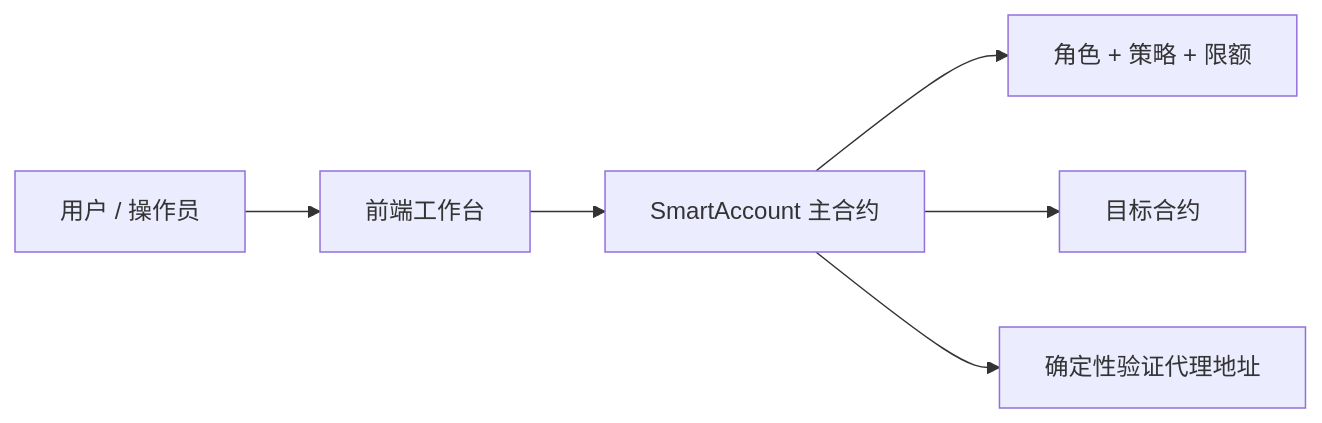
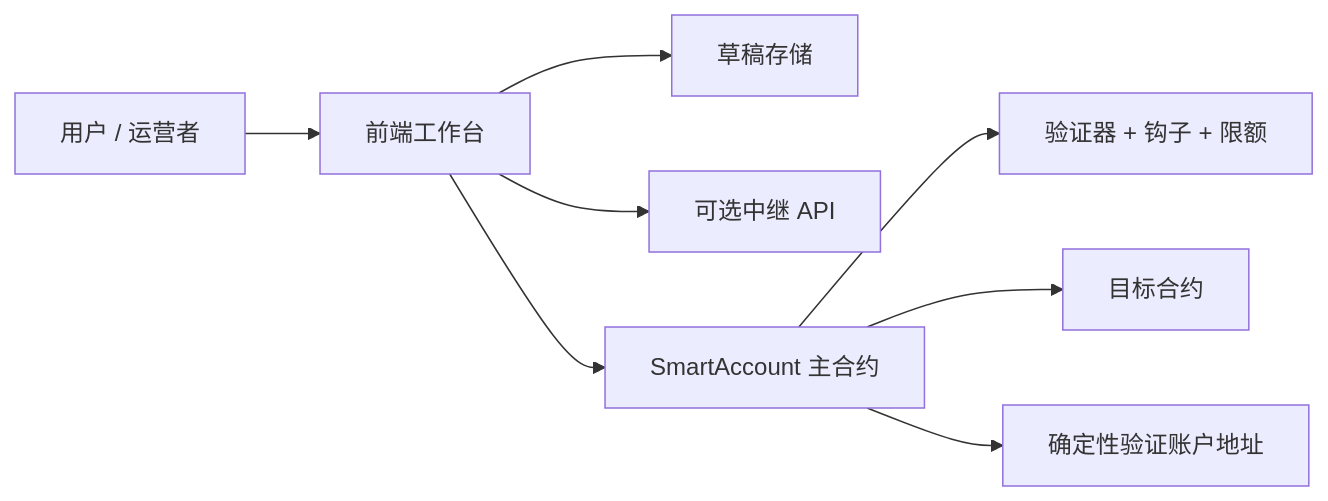
The first of 2 diagrams in docs/HOW_IT_WORKS.zh-CN.md (r3e-network/neo-os-aa), drawn with Mermaid before and after one commit. The commit also changed other lines of this file and 822 other files, not shown here.

````diff
--- a/docs/HOW_IT_WORKS.zh-CN.md
+++ b/docs/HOW_IT_WORKS.zh-CN.md
@@ -11,8 +26,10 @@
 ```mermaid
 flowchart LR
-  User[用户 / 操作员] --> UI[前端工作台]
+  User[用户 / 运营者] --> UI[前端工作台]
+  UI --> Drafts[草稿存储]
+  UI --> Relay[可选中继 API]
   UI --> Master[SmartAccount 主合约]
-  Master --> Policies[角色 + 策略 + 限额]
+  Master --> Policies[验证器 + 钩子 + 限额]
   Master --> Target[目标合约]
-  Master --> Proxy[确定性验证代理地址]
+  Master --> Proxy[确定性验证账户地址]
 ```
````
